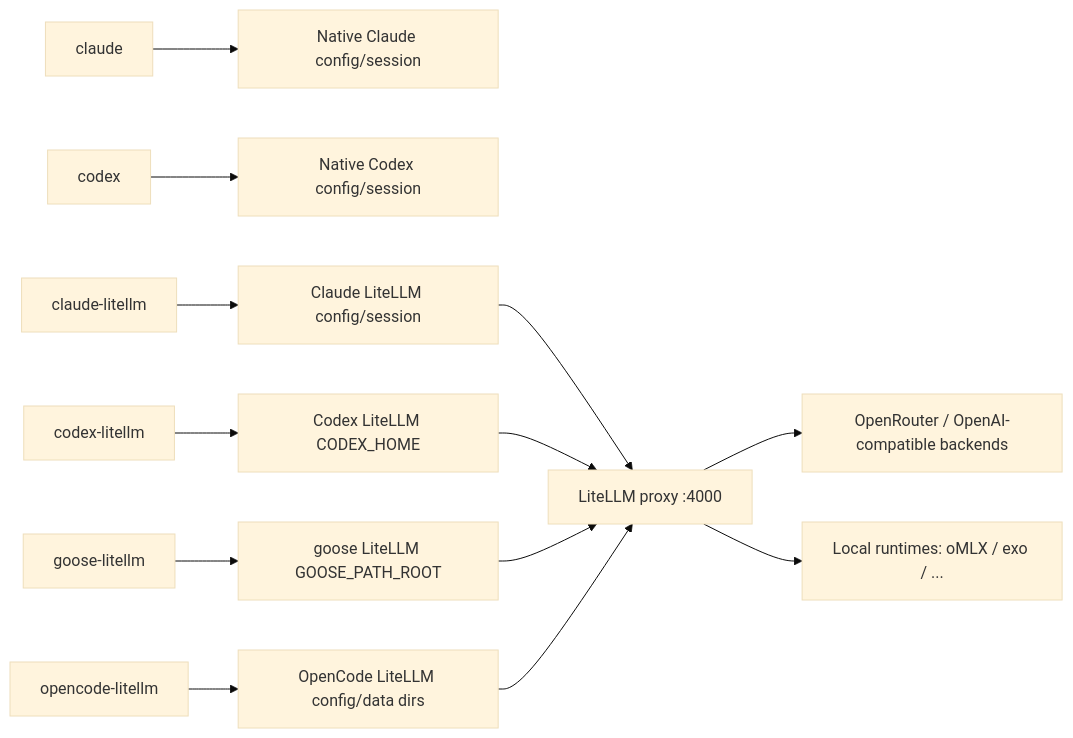
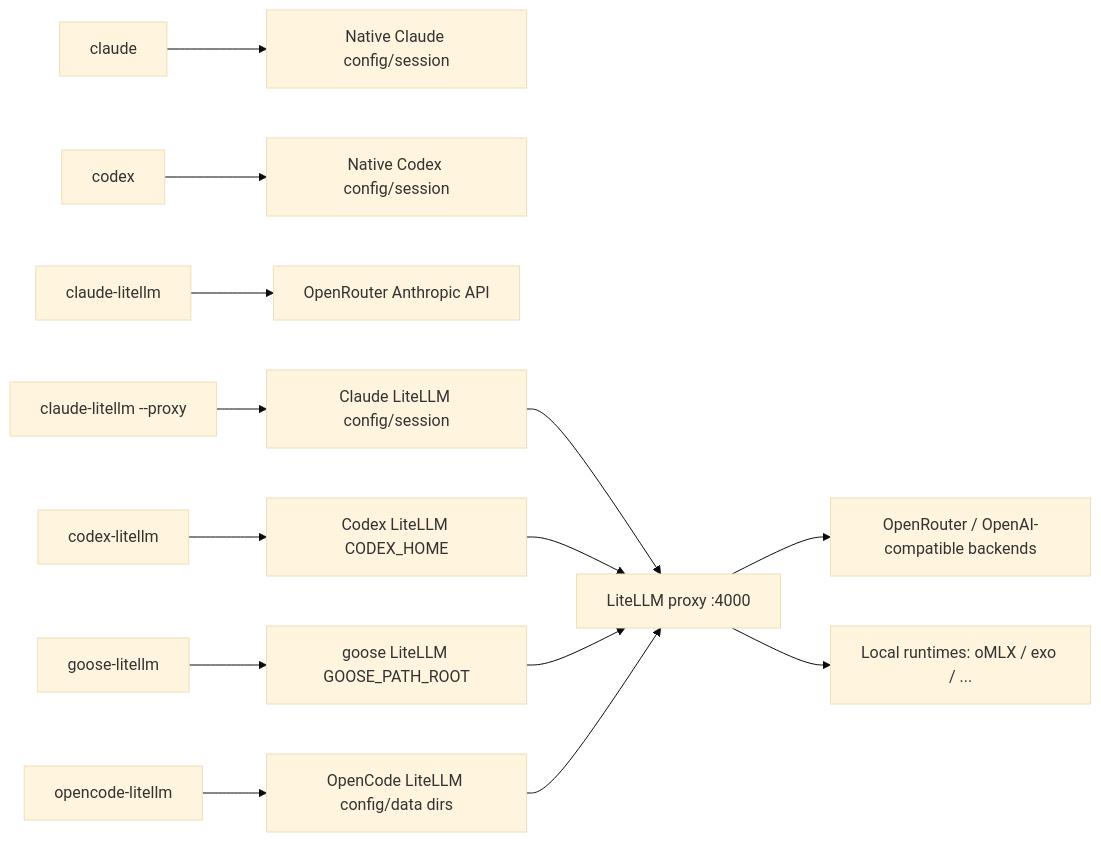
Before and after one commit to xz0831/claude-litellm: the diagram in docs/AI_AGENT_LITELLM_ARCHITECTURE.md, drawn with Mermaid (base theme). The commit also changed other lines of this file and 6 other files, not shown here.

Commit message:
Route Claude Code directly through OpenRouter

````diff
--- a/docs/AI_AGENT_LITELLM_ARCHITECTURE.md
+++ b/docs/AI_AGENT_LITELLM_ARCHITECTURE.md
@@ -29,15 +33,16 @@
 ```mermaid
 flowchart LR
   A["claude"] --> B["Native Claude config/session"]
   C["codex"] --> D["Native Codex config/session"]
-  E["claude-litellm"] --> F["Claude LiteLLM config/session"]
+  E["claude-litellm"] --> P["OpenRouter Anthropic API"]
+  Q["claude-litellm --proxy"] --> F["Claude LiteLLM config/session"]
   G["codex-litellm"] --> H["Codex LiteLLM CODEX_HOME"]
   L["goose-litellm"] --> M["goose LiteLLM GOOSE_PATH_ROOT"]
   N["opencode-litellm"] --> O["OpenCode LiteLLM config/data dirs"]
   F --> I["LiteLLM proxy :4000"]
   H --> I
   M --> I
   O --> I
   I --> J["OpenRouter / OpenAI-compatible backends"]
   I --> K["Local runtimes: oMLX / exo / ..."]
 ```
````
